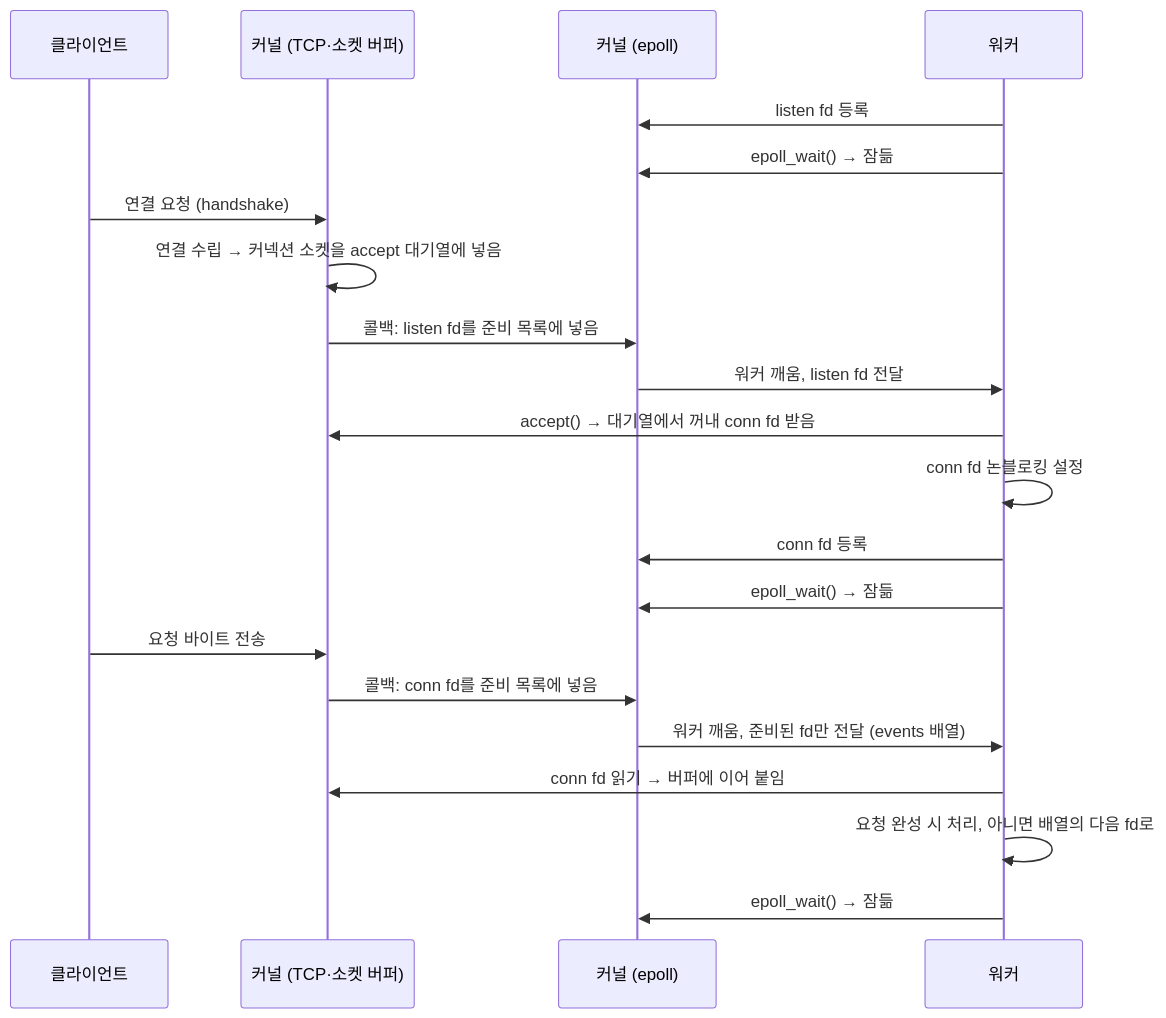
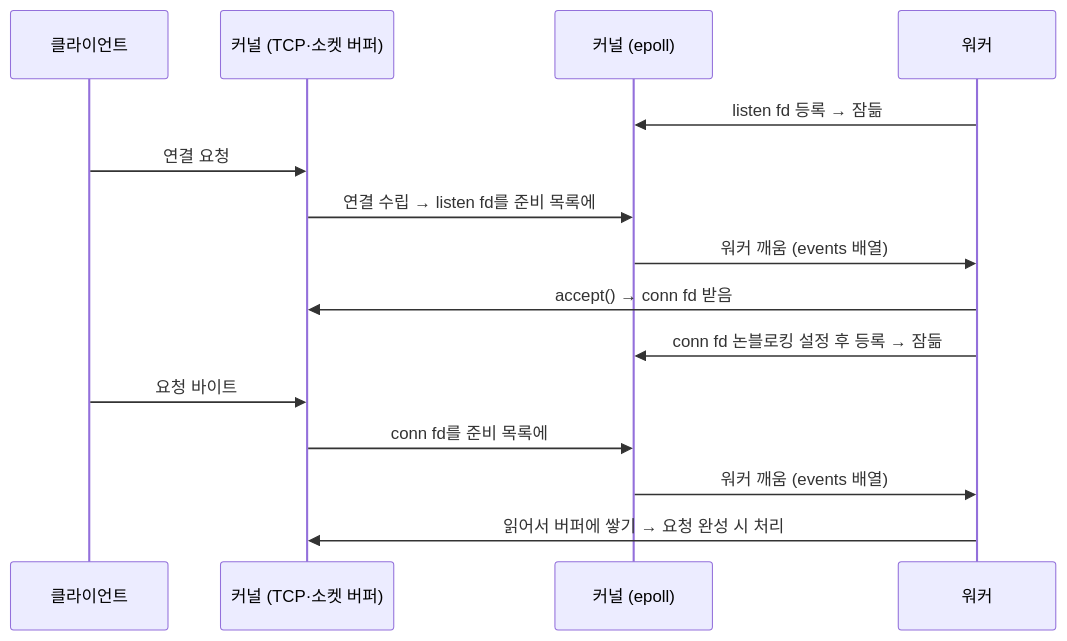
Before and after one commit to choimoohun/SW-AI-W13-Web-Server: the first of 2 diagrams in README.md, drawn with Mermaid.

````diff
--- a/README.md
+++ b/README.md
@@ -43,26 +43,20 @@
 ```mermaid
 sequenceDiagram
     participant C as 클라이언트
     participant K as 커널 (TCP·소켓 버퍼)
     participant E as 커널 (epoll)
     participant W as 워커
 
-    W->>E: listen fd 등록
-    W->>E: epoll_wait() → 잠듦
+    W->>E: listen fd 등록 → 잠듦
 
-    C->>K: 연결 요청 (handshake)
-    K->>K: 연결 수립 → 커넥션 소켓을 accept 대기열에 넣음
-    K->>E: 콜백: listen fd를 준비 목록에 넣음
-    E->>W: 워커 깨움, listen fd 전달
-    W->>K: accept() → 대기열에서 꺼내 conn fd 받음
-    W->>W: conn fd 논블로킹 설정
-    W->>E: conn fd 등록
-    W->>E: epoll_wait() → 잠듦
+    C->>K: 연결 요청
+    K->>E: 연결 수립 → listen fd를 준비 목록에
+    E->>W: 워커 깨움 (events 배열)
+    W->>K: accept() → conn fd 받음
+    W->>E: conn fd 논블로킹 설정 후 등록 → 잠듦
 
-    C->>K: 요청 바이트 전송
-    K->>E: 콜백: conn fd를 준비 목록에 넣음
-    E->>W: 워커 깨움, 준비된 fd만 전달 (events 배열)
-    W->>K: conn fd 읽기 → 버퍼에 이어 붙임
-    W->>W: 요청 완성 시 처리, 아니면 배열의 다음 fd로
-    W->>E: epoll_wait() → 잠듦
+    C->>K: 요청 바이트
+    K->>E: conn fd를 준비 목록에
+    E->>W: 워커 깨움 (events 배열)
+    W->>K: 읽어서 버퍼에 쌓기 → 요청 완성 시 처리
 ```
````
